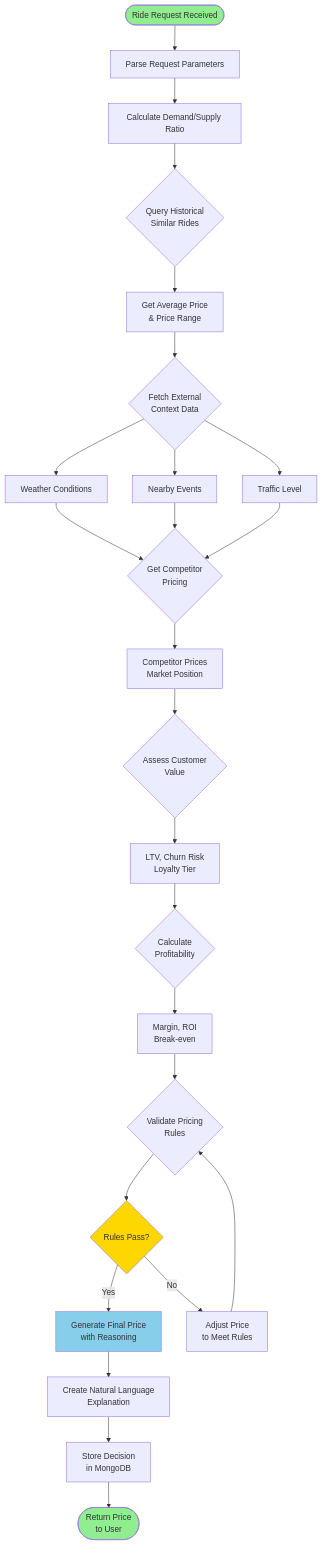
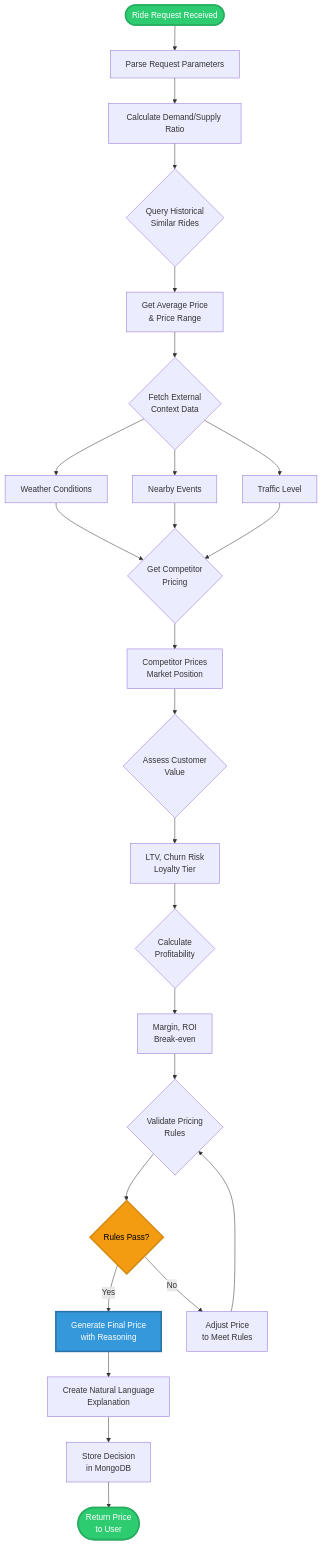
Before and after one commit to fly2safa/HON-hackathon-dynamic-pricing: the second of 6 diagrams in docs/implementation-plan.md, drawn with Mermaid. The commit also changed other lines of this file, not shown here.

Commit message:
Fix text visibility in all Mermaid diagrams: improve contrast for Start, Return, Pass, Final, and RAGTool boxes

````diff
--- a/docs/implementation-plan.md
+++ b/docs/implementation-plan.md
@@ -261,41 +261,41 @@
 ```mermaid
 flowchart TD
     Start([Ride Request Received]) --> Parse[Parse Request Parameters]
     Parse --> Demand[Calculate Demand/Supply Ratio]
     
     Demand --> Historical{Query Historical<br/>Similar Rides}
     Historical --> HistData[Get Average Price<br/>& Price Range]
     
     HistData --> External{Fetch External<br/>Context Data}
     External --> Weather[Weather Conditions]
     External --> Events[Nearby Events]
     External --> Traffic[Traffic Level]
     
     Weather --> Competitor{Get Competitor<br/>Pricing}
     Events --> Competitor
     Traffic --> Competitor
     
     Competitor --> CompData[Competitor Prices<br/>Market Position]
     
     CompData --> Customer{Assess Customer<br/>Value}
     Customer --> CustData[LTV, Churn Risk<br/>Loyalty Tier]
     
     CustData --> Calculate{Calculate<br/>Profitability}
     Calculate --> ProfitData[Margin, ROI<br/>Break-even]
     
     ProfitData --> Validate{Validate Pricing<br/>Rules}
     Validate --> Pass{Rules Pass?}
     
     Pass -->|Yes| Final[Generate Final Price<br/>with Reasoning]
     Pass -->|No| Adjust[Adjust Price<br/>to Meet Rules]
     Adjust --> Validate
     
     Final --> Explain[Create Natural Language<br/>Explanation]
     Explain --> Store[Store Decision<br/>in MongoDB]
     Store --> Return([Return Price<br/>to User])
     
-    style Start fill:#90EE90
-    style Return fill:#90EE90
-    style Pass fill:#FFD700
-    style Final fill:#87CEEB
+    style Start fill:#2ECC71,stroke:#27AE60,stroke-width:3px,color:#fff
+    style Return fill:#2ECC71,stroke:#27AE60,stroke-width:3px,color:#fff
+    style Pass fill:#F39C12,stroke:#D68910,stroke-width:3px,color:#000
+    style Final fill:#3498DB,stroke:#2874A6,stroke-width:3px,color:#fff
 ```
````
